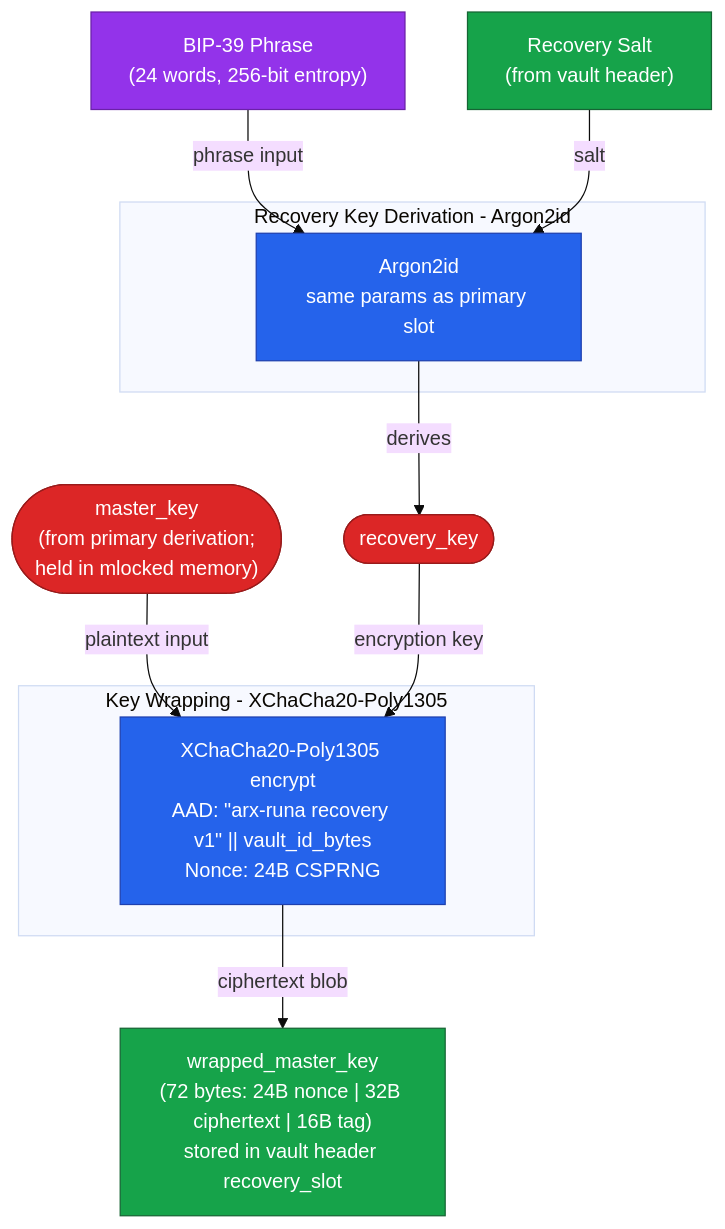
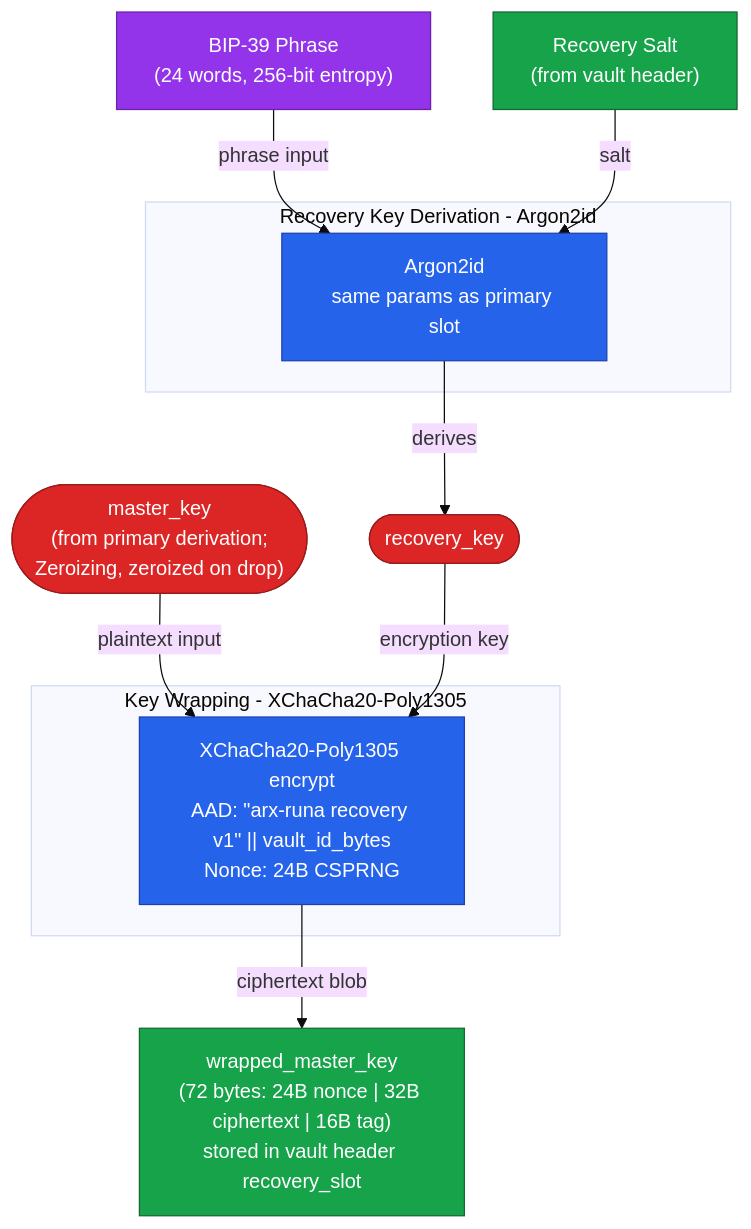
Before and after one commit to salgaard/arx-runa: the fourth of 8 diagrams in docs/report/arx-runa-bachelorrapport.md, drawn with Mermaid (base theme). The commit also changed other lines of this file and 19 other files, not shown here.

````diff
--- a/docs/report/arx-runa-bachelorrapport.md
+++ b/docs/report/arx-runa-bachelorrapport.md
@@ -525,32 +525,32 @@
 ```mermaid
 flowchart TD
     PHRASE["BIP-39 Phrase<br/>(24 words, 256-bit entropy)"]:::user
     REC_SALT["Recovery Salt<br/>(from vault header)"]:::storage
 
     subgraph REC_KDF ["Recovery Key Derivation - Argon2id"]
         REC_ARGON["Argon2id<br/>same params as primary slot"]:::crypto
     end
 
     REC_KEY(["recovery_key"]):::secret
 
-    MK_INPUT(["master_key<br/>(from primary derivation;<br/>held in mlocked memory)"]):::secret
+    MK_INPUT(["master_key<br/>(from primary derivation;<br/>Zeroizing, zeroized on drop)"]):::secret
 
     subgraph WRAP_BLOCK ["Key Wrapping - XChaCha20-Poly1305"]
         WRAP["XChaCha20-Poly1305 encrypt<br/>AAD: #34;arx-runa recovery v1#34; #124;#124; vault_id_bytes<br/>Nonce: 24B CSPRNG"]:::crypto
     end
 
     WMK["wrapped_master_key<br/>(72 bytes: 24B nonce #124; 32B ciphertext #124; 16B tag)<br/>stored in vault header recovery_slot"]:::storage
 
     PHRASE -->|phrase input| REC_ARGON
     REC_SALT -->|salt| REC_ARGON
     REC_ARGON -->|derives| REC_KEY
 
     MK_INPUT -->|plaintext input| WRAP
     REC_KEY -->|encryption key| WRAP
     WRAP -->|ciphertext blob| WMK
 
     classDef secret fill:#dc2626,stroke:#991b1b,color:#fff
     classDef crypto fill:#2563eb,stroke:#1e40af,color:#fff
     classDef storage fill:#16a34a,stroke:#166534,color:#fff
     classDef user fill:#9333ea,stroke:#6b21a8,color:#fff
 ```
````
